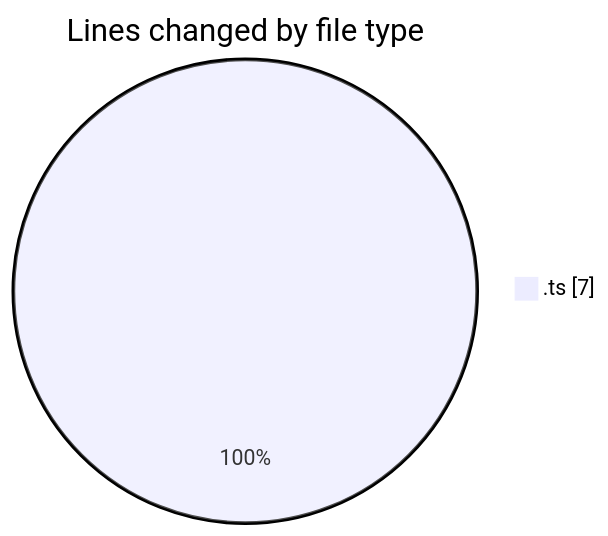
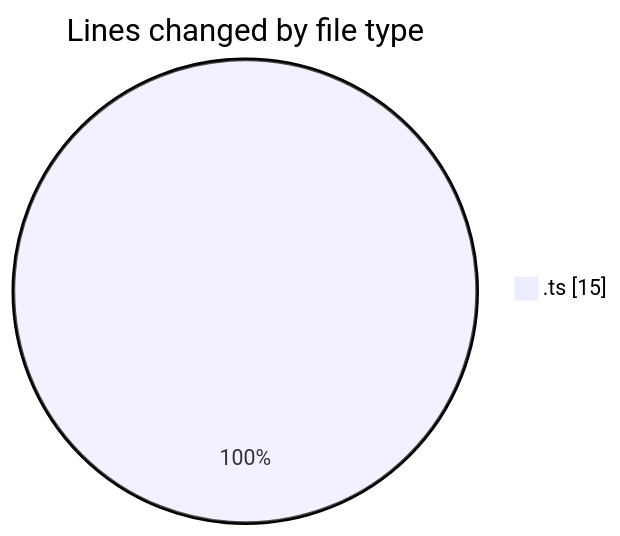
One commit to momahboobian/code-tracking changed the first of 2 diagrams in 2025-10-23/cda/README.md. Above: the diagram before and after it, drawn with Mermaid. The commit also changed other lines of this file and 1 other file, not shown here.

````diff
--- a/2025-10-23/cda/README.md
+++ b/2025-10-23/cda/README.md
@@ -20,5 +20,5 @@
 ```mermaid
 pie showData
 title Lines changed by file type
-".ts" : 7
+".ts" : 15
 ```
````
